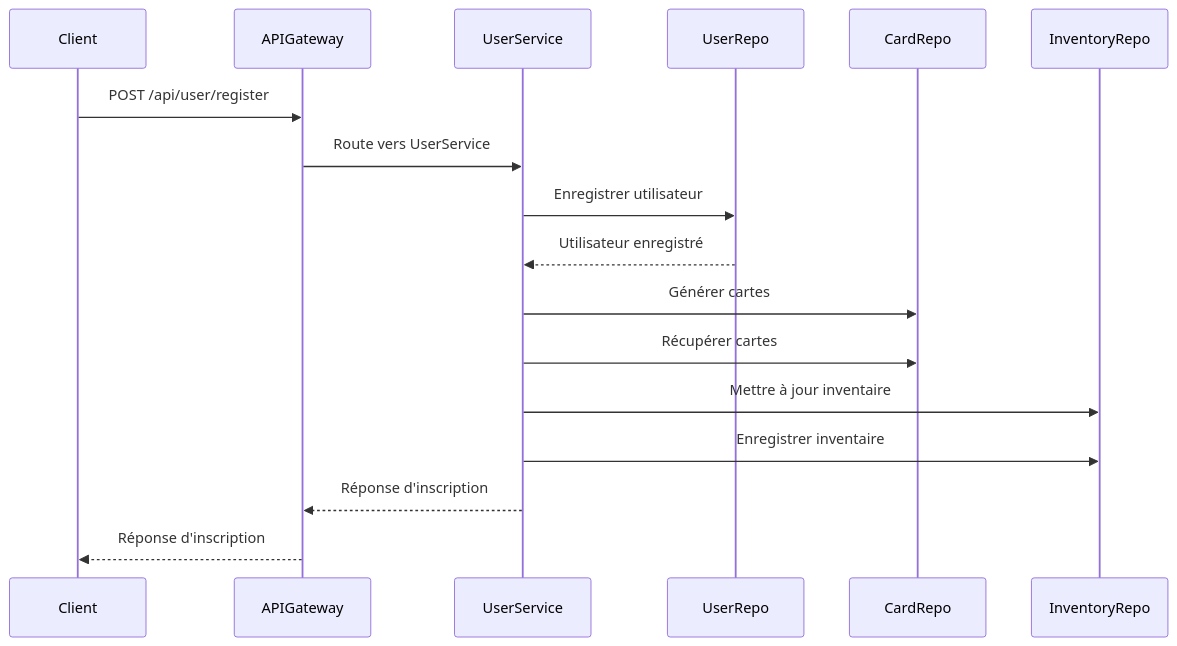
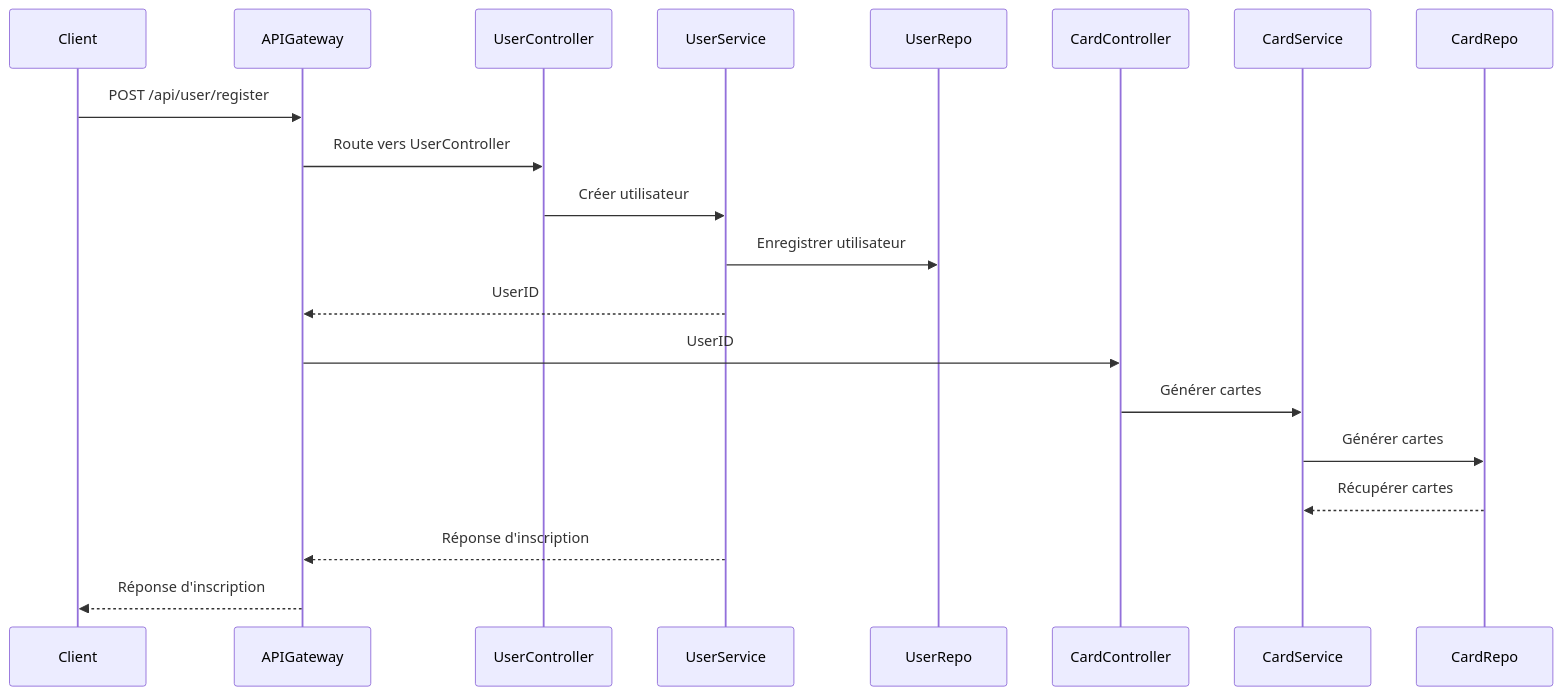
Before and after one commit to Amine-HADJ/Atelier3-SpringBoot: the second of 6 diagrams in README.md, drawn with Mermaid. The commit also changed other lines of this file, not shown here.

````diff
--- a/README.md
+++ b/README.md
@@ -23,19 +27,22 @@
 ```mermaid
  sequenceDiagram
  participant Client
  participant APIGateway
+ participant UserController
  participant UserService
  participant UserRepo
+ participant CardController 
+ participant CardService
  participant CardRepo
- participant InventoryRepo
 Client->>APIGateway: POST /api/user/register
-APIGateway->>UserService: Route vers UserService
+APIGateway->>UserController: Route vers UserController
+UserController->>UserService: Créer utilisateur
 UserService->>UserRepo: Enregistrer utilisateur
-UserRepo-->>UserService: Utilisateur enregistré
-UserService->>CardRepo: Générer cartes
-UserService->>CardRepo: Récupérer cartes
-UserService->>InventoryRepo: Mettre à jour inventaire
-UserService->>InventoryRepo: Enregistrer inventaire
+UserService-->>APIGateway: UserID
+APIGateway->>CardController: UserID
+CardController->> CardService: Générer cartes
+CardService->>CardRepo: Générer cartes
+CardRepo-->>CardService: Récupérer cartes
 UserService-->>APIGateway: Réponse d'inscription
 APIGateway-->>Client: Réponse d'inscription
 ```
````
